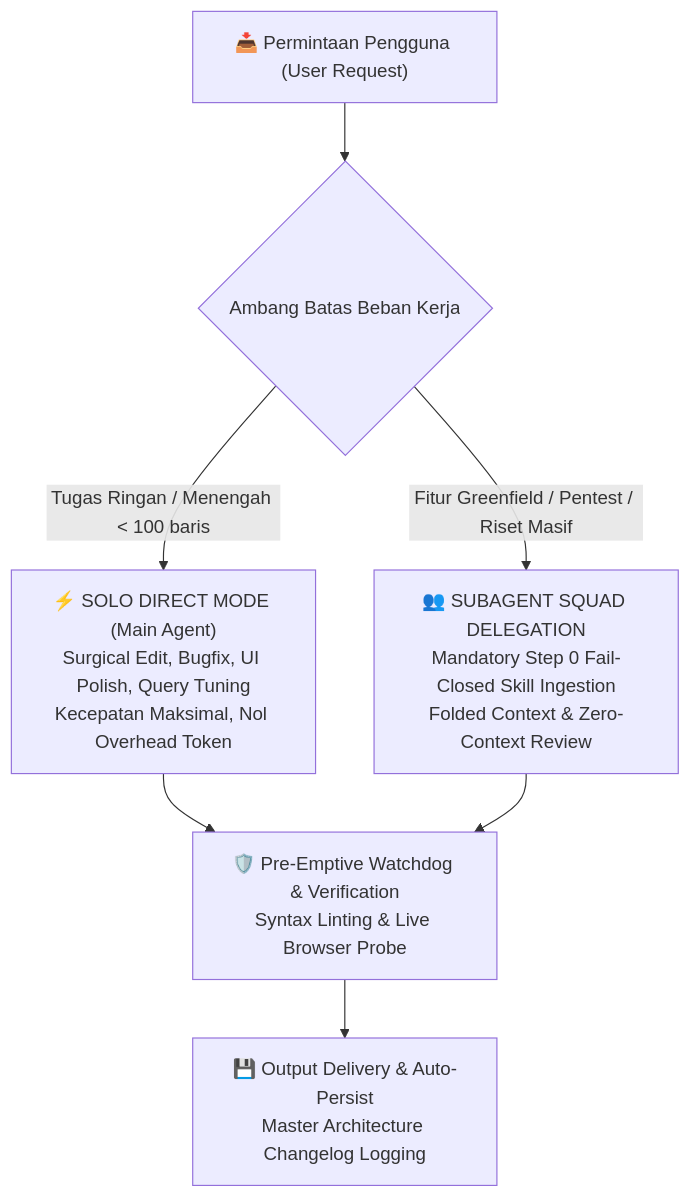
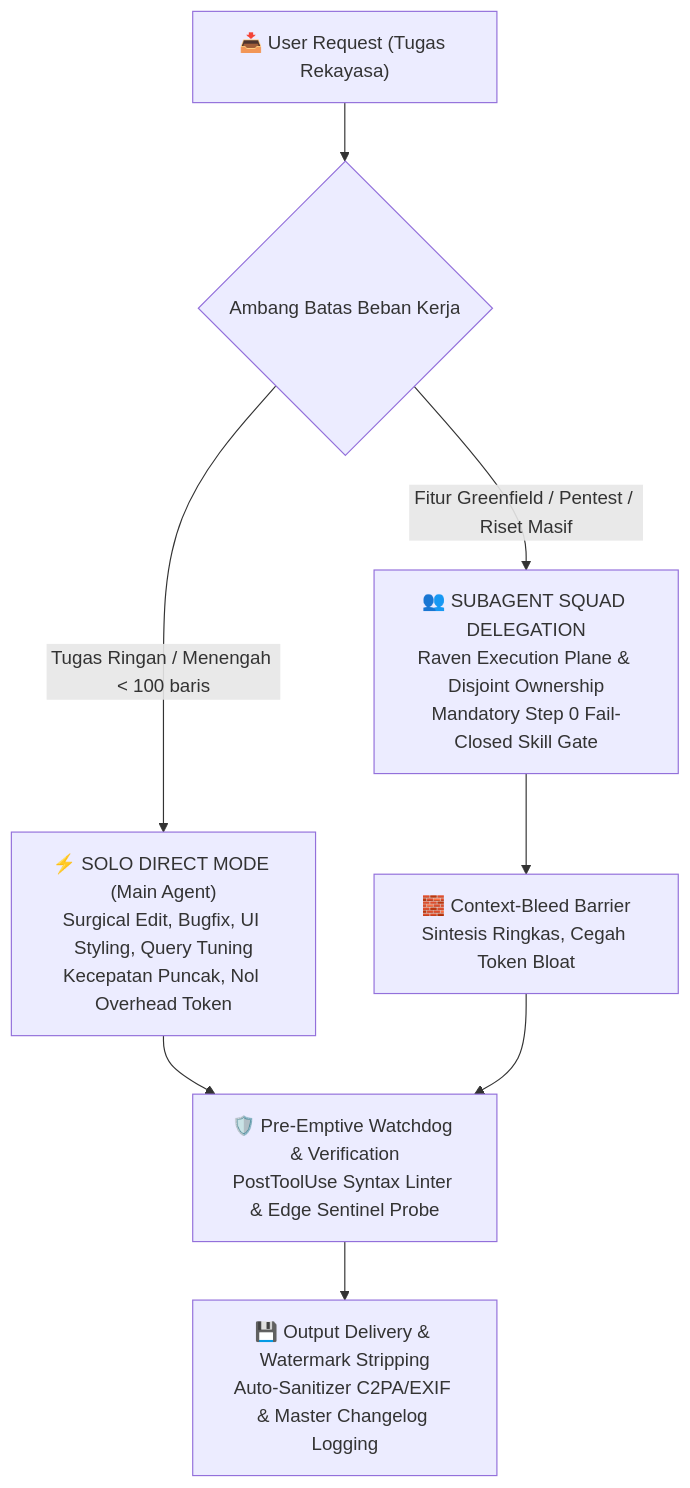
One commit to MasterPandaa/UltimateGravity changed the diagram in README.md. Above: the diagram before and after it, drawn with Mermaid. The commit also changed other lines of this file and 561 other files, not shown here.

````diff
--- a/README.md
+++ b/README.md
@@ -38,13 +38,14 @@
 ```mermaid
 flowchart TD
-    User["📥 Permintaan Pengguna (User Request)"] --> Gate{"Ambang Batas Beban Kerja"}
+    User["📥 User Request (Tugas Rekayasa)"] --> Gate{"Ambang Batas Beban Kerja"}
     
-    Gate -->|Tugas Ringan / Menengah < 100 baris| Solo["⚡ SOLO DIRECT MODE (Main Agent)<br/>Surgical Edit, Bugfix, UI Polish, Query Tuning<br/>Kecepatan Maksimal, Nol Overhead Token"]
+    Gate -->|Tugas Ringan / Menengah < 100 baris| Solo["⚡ SOLO DIRECT MODE (Main Agent)<br/>Surgical Edit, Bugfix, UI Styling, Query Tuning<br/>Kecepatan Puncak, Nol Overhead Token"]
     
-    Gate -->|Fitur Greenfield / Pentest / Riset Masif| Squad["👥 SUBAGENT SQUAD DELEGATION<br/>Mandatory Step 0 Fail-Closed Skill Ingestion<br/>Folded Context & Zero-Context Review"]
+    Gate -->|Fitur Greenfield / Pentest / Riset Masif| Squad["👥 SUBAGENT SQUAD DELEGATION<br/>Raven Execution Plane & Disjoint Ownership<br/>Mandatory Step 0 Fail-Closed Skill Gate"]
     
-    Solo --> Verify["🛡️ Pre-Emptive Watchdog & Verification<br/>Syntax Linting & Live Browser Probe"]
-    Squad --> Verify
+    Solo --> Verify["🛡️ Pre-Emptive Watchdog & Verification<br/>PostToolUse Syntax Linter & Edge Sentinel Probe"]
+    Squad --> Barrier["🧱 Context-Bleed Barrier<br/>Sintesis Ringkas, Cegah Token Bloat"]
+    Barrier --> Verify
     
-    Verify --> Deliver["💾 Output Delivery & Auto-Persist<br/>Master Architecture Changelog Logging"]
+    Verify --> Deliver["💾 Output Delivery & Watermark Stripping<br/>Auto-Sanitizer C2PA/EXIF & Master Changelog Logging"]
 ```
````
